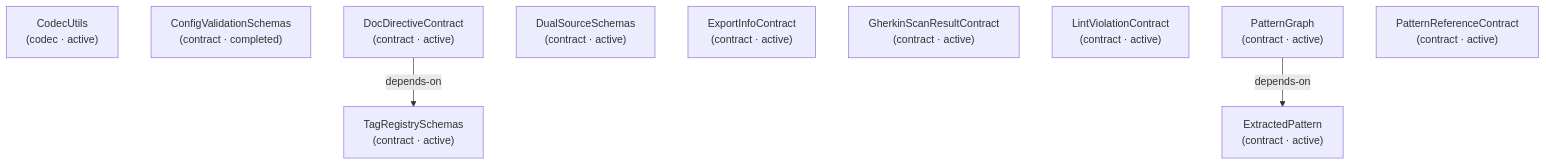
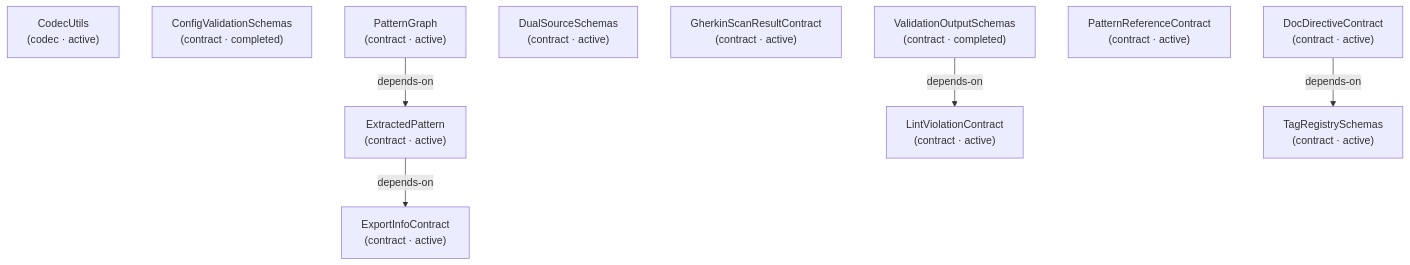
One commit to libar-dev/architect changed diagram 23 of 24 in docs-live/DESIGN-REVIEW.md. Above: the diagram before and after it, drawn with Mermaid. The commit also changed other lines of this file and 185 other files, not shown here.

Commit message:
refactor(architect): replace facade with frozen graph handle

````diff
--- a/docs-live/DESIGN-REVIEW.md
+++ b/docs-live/DESIGN-REVIEW.md
@@ -598,16 +599,19 @@
 ```mermaid
 graph TD
   codecutils["CodecUtils<br/>(codec · active)"]
   configvalidationschemas["ConfigValidationSchemas<br/>(contract · completed)"]
   docdirectivecontract["DocDirectiveContract<br/>(contract · active)"]
   dualsourceschemas["DualSourceSchemas<br/>(contract · active)"]
   exportinfocontract["ExportInfoContract<br/>(contract · active)"]
   extractedpattern["ExtractedPattern<br/>(contract · active)"]
   gherkinscanresultcontract["GherkinScanResultContract<br/>(contract · active)"]
   lintviolationcontract["LintViolationContract<br/>(contract · active)"]
   patterngraph["PatternGraph<br/>(contract · active)"]
   patternreferencecontract["PatternReferenceContract<br/>(contract · active)"]
   tagregistryschemas["TagRegistrySchemas<br/>(contract · active)"]
+  validationoutputschemas["ValidationOutputSchemas<br/>(contract · completed)"]
   docdirectivecontract -->|depends-on| tagregistryschemas
+  extractedpattern -->|depends-on| exportinfocontract
   patterngraph -->|depends-on| extractedpattern
+  validationoutputschemas -->|depends-on| lintviolationcontract
 ```
````
